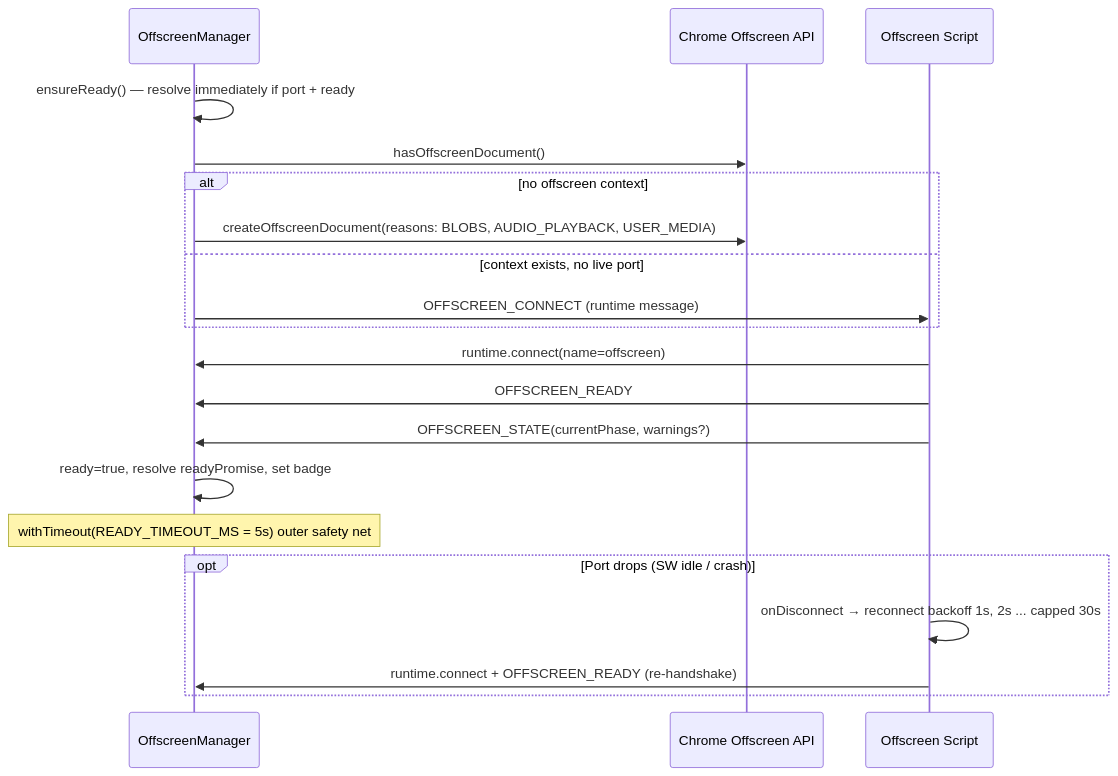
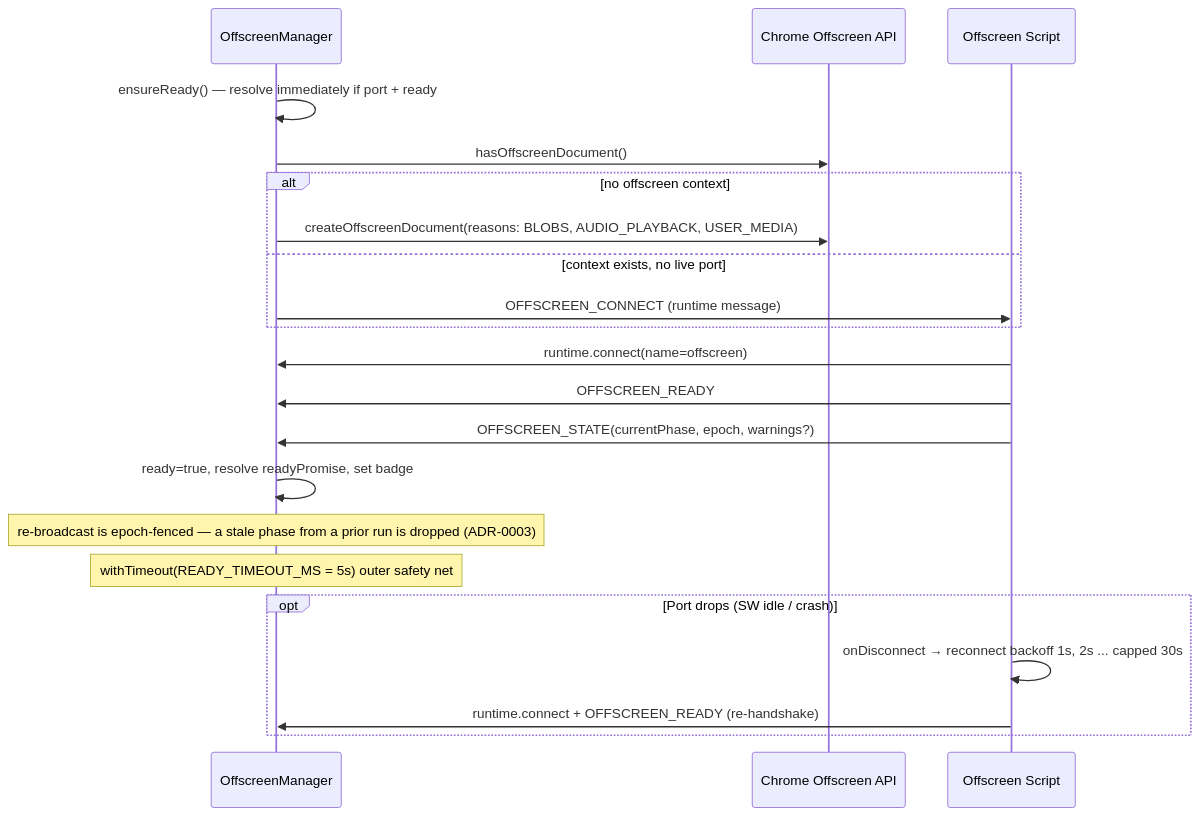
Before and after one commit to kstroevsky/chrome-meeting-recording-extension: the sixth of 17 diagrams in README.md, drawn with Mermaid. The commit also changed other lines of this file and 4 other files, not shown here.

Commit message:
Testing: Fence stale offscreen status with a run epoch + README

````diff
--- a/README.md
+++ b/README.md
@@ -1381,25 +1382,26 @@
 ```mermaid
 sequenceDiagram
     participant B as OffscreenManager
     participant API as Chrome Offscreen API
     participant O as Offscreen Script
 
     B->>B: ensureReady() — resolve immediately if port + ready
     B->>API: hasOffscreenDocument()
     alt no offscreen context
         B->>API: createOffscreenDocument(reasons: BLOBS, AUDIO_PLAYBACK, USER_MEDIA)
     else context exists, no live port
         B->>O: OFFSCREEN_CONNECT (runtime message)
     end
 
     O->>B: runtime.connect(name=offscreen)
     O->>B: OFFSCREEN_READY
-    O->>B: OFFSCREEN_STATE(currentPhase, warnings?)
+    O->>B: OFFSCREEN_STATE(currentPhase, epoch, warnings?)
     B->>B: ready=true, resolve readyPromise, set badge
+    Note over B: re-broadcast is epoch-fenced — a stale phase from a prior run is dropped (ADR-0003)
     Note over B: withTimeout(READY_TIMEOUT_MS = 5s) outer safety net
 
     opt Port drops (SW idle / crash)
         O->>O: onDisconnect → reconnect backoff 1s, 2s ... capped 30s
         O->>B: runtime.connect + OFFSCREEN_READY (re-handshake)
     end
 ```
````
